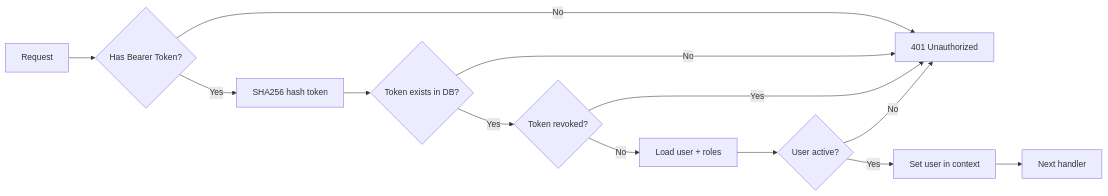
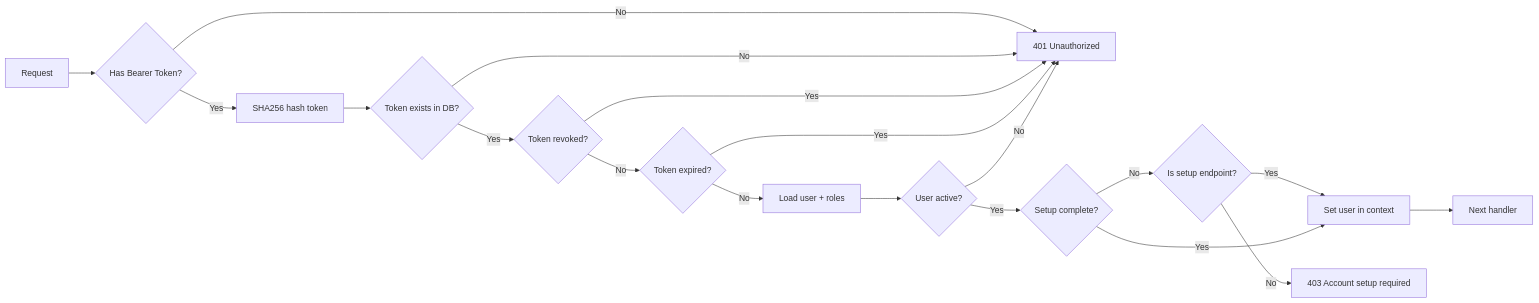
One commit to Sashwat-K/persona-based-contract-generator changed the third of 4 diagrams in Design/low-level-design.md. Above: the diagram before and after it, drawn with Mermaid. The commit also changed other lines of this file and 2 other files, not shown here.

````diff
--- a/Design/low-level-design.md
+++ b/Design/low-level-design.md
@@ -858,15 +1149,21 @@
 ```mermaid
 flowchart LR
     A[Request] --> B{Has Bearer Token?}
     B -->|No| C[401 Unauthorized]
     B -->|Yes| D[SHA256 hash token]
     D --> E{Token exists in DB?}
     E -->|No| C
     E -->|Yes| F{Token revoked?}
     F -->|Yes| C
-    F -->|No| G[Load user + roles]
-    G --> H{User active?}
-    H -->|No| C
-    H -->|Yes| I[Set user in context]
-    I --> J[Next handler]
+    F -->|No| G{Token expired?}
+    G -->|Yes| C
+    G -->|No| H[Load user + roles]
+    H --> I{User active?}
+    I -->|No| C
+    I -->|Yes| J{Setup complete?}
+    J -->|No| K{Is setup endpoint?}
+    K -->|Yes| L[Set user in context]
+    K -->|No| M[403 Account setup required]
+    J -->|Yes| L
+    L --> N[Next handler]
 ```
````
